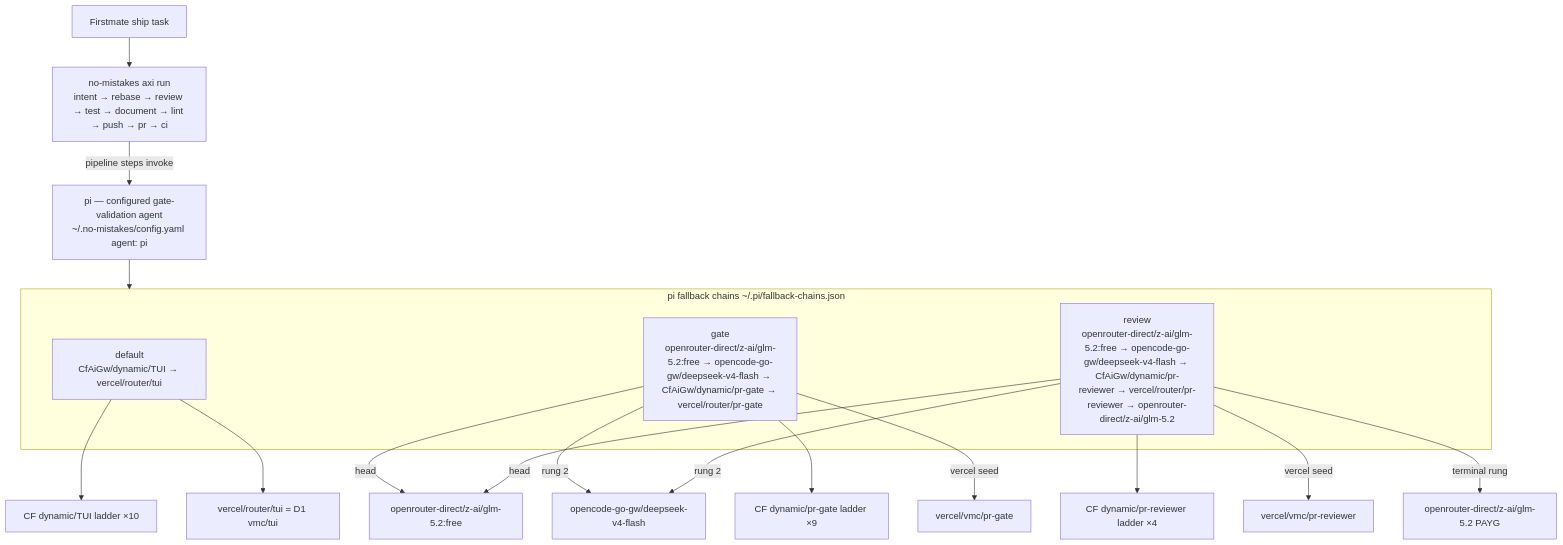
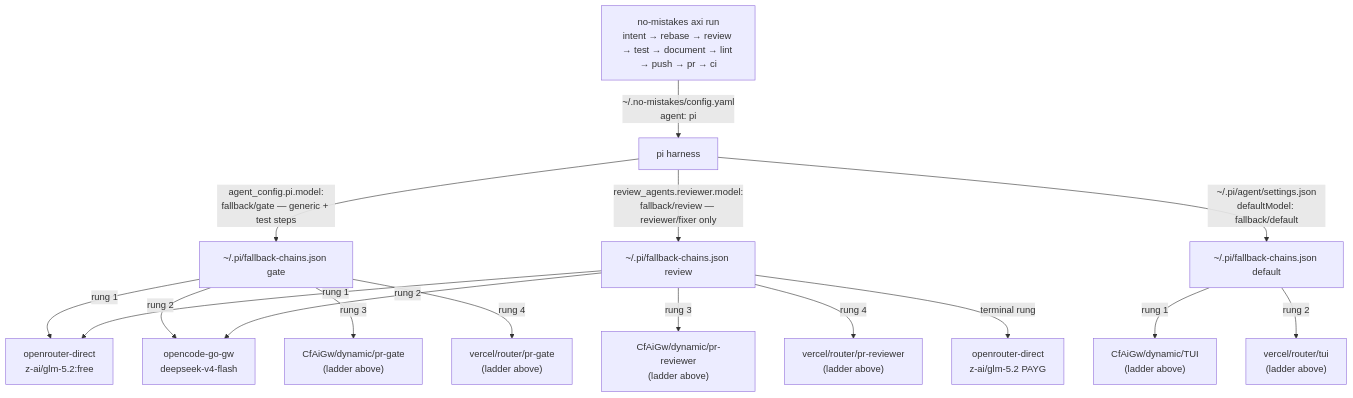
Diagram 17 of 17 in dot_agents/skills/provider-catalog/references/ROUTING_TOPOLOGY.md (phillias/dotfiles), drawn with Mermaid before and after one commit. The commit also changed other lines of this file and 4 other files, not shown here.

First line of the commit message:
feat(routing): re-home zen out of TUI route; pr-gate GLM head; mermaid topology

````diff
--- a/dot_agents/skills/provider-catalog/references/ROUTING_TOPOLOGY.md
+++ b/dot_agents/skills/provider-catalog/references/ROUTING_TOPOLOGY.md
@@ -81,25 +181,18 @@
 ```mermaid
 flowchart TD
-    fm[Firstmate ship task]
-    nm["no-mistakes axi run<br/>intent → rebase → review → test → document → lint → push → pr → ci"]
-    fm --> nm
-    pi["pi — configured gate-validation agent<br/>~/.no-mistakes/config.yaml agent: pi"]
-    nm -->|pipeline steps invoke| pi
-    subgraph chains[pi fallback chains ~/.pi/fallback-chains.json]
-        DEF["default<br/>CfAiGw/dynamic/TUI → vercel/router/tui"]
-        GATEC["gate<br/>openrouter-direct/z-ai/glm-5.2:free → opencode-go-gw/deepseek-v4-flash → CfAiGw/dynamic/pr-gate → vercel/router/pr-gate"]
-        REV2["review<br/>openrouter-direct/z-ai/glm-5.2:free → opencode-go-gw/deepseek-v4-flash → CfAiGw/dynamic/pr-reviewer → vercel/router/pr-reviewer → openrouter-direct/z-ai/glm-5.2"]
-    end
-    pi --> chains
-    GATEC -->|head| orglm[openrouter-direct/z-ai/glm-5.2:free]
-    REV2 -->|head| orglm
-    GATEC -->|rung 2| ogw[opencode-go-gw/deepseek-v4-flash]
-    GATEC --> cfroute[CF dynamic/pr-gate ladder ×9]
-    REV2 --> cfroute2[CF dynamic/pr-reviewer ladder ×4]
-    DEF --> cfroute3[CF dynamic/TUI ladder ×10]
-    GATEC -->|vercel seed| vg[vercel/vmc/pr-gate]
-    REV2 -->|vercel seed| vr[vercel/vmc/pr-reviewer]
-    REV2 -->|rung 2| ogw
-    REV2 -->|terminal rung| payg[openrouter-direct/z-ai/glm-5.2 PAYG]
-    DEF --> vtui[vercel/router/tui = D1 vmc/tui]
+    nm["no-mistakes axi run<br/>intent → rebase → review → test → document → lint → push → pr → ci"] -->|"~/.no-mistakes/config.yaml<br/>agent: pi"| pi[pi harness]
+    pi -->|"agent_config.pi.model:<br/>fallback/gate — generic + test steps"| GATE["~/.pi/fallback-chains.json gate"]
+    pi -->|"review_agents.reviewer.model:<br/>fallback/review — reviewer/fixer only"| REV["~/.pi/fallback-chains.json review"]
+    pi -->|"~/.pi/agent/settings.json<br/>defaultModel: fallback/default"| DEF["~/.pi/fallback-chains.json default"]
+    GATE -->|"rung 1"| orglm["openrouter-direct<br/>z-ai/glm-5.2:free"]
+    GATE -->|"rung 2"| ogw["opencode-go-gw<br/>deepseek-v4-flash"]
+    GATE -->|"rung 3"| pg["CfAiGw/dynamic/pr-gate<br/>(ladder above)"]
+    GATE -->|"rung 4"| vpg["vercel/router/pr-gate<br/>(ladder above)"]
+    REV -->|"rung 1"| orglm
+    REV -->|"rung 2"| ogw
+    REV -->|"rung 3"| prr["CfAiGw/dynamic/pr-reviewer<br/>(ladder above)"]
+    REV -->|"rung 4"| vprr["vercel/router/pr-reviewer<br/>(ladder above)"]
+    REV -->|"terminal rung"| payg["openrouter-direct<br/>z-ai/glm-5.2 PAYG"]
+    DEF -->|"rung 1"| tui["CfAiGw/dynamic/TUI<br/>(ladder above)"]
+    DEF -->|"rung 2"| vtui["vercel/router/tui<br/>(ladder above)"]
 ```
````
